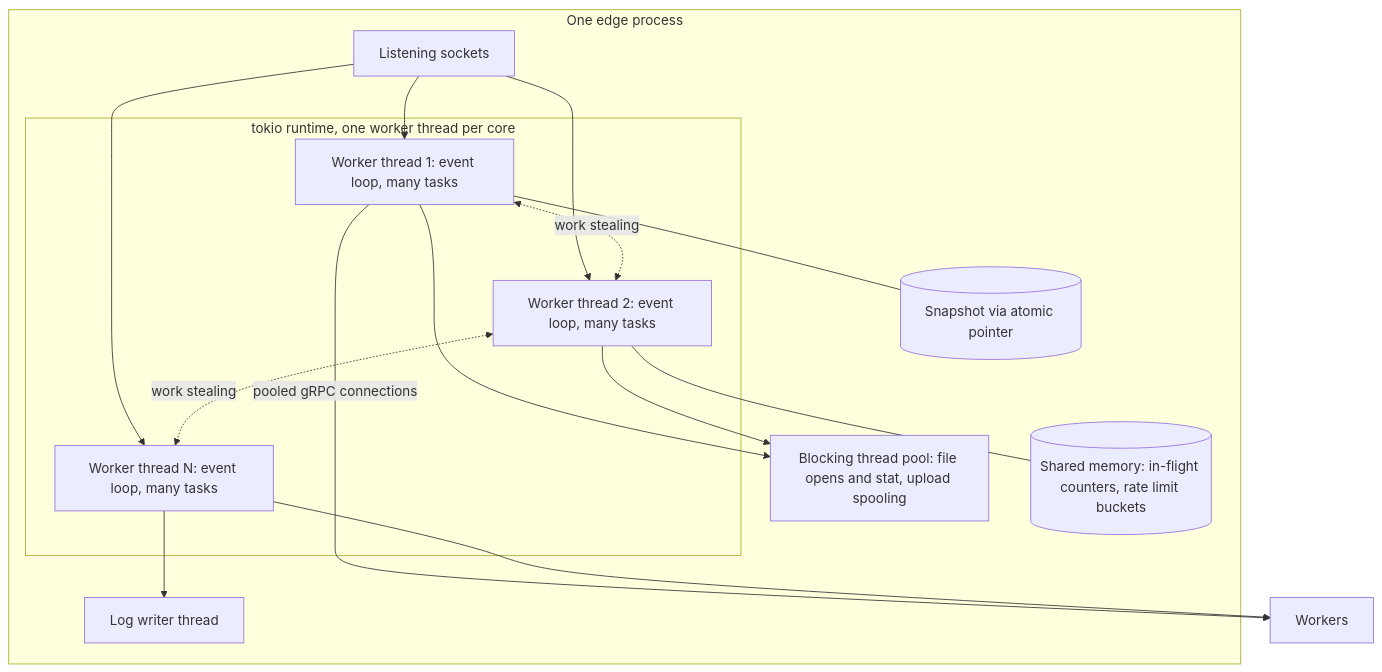
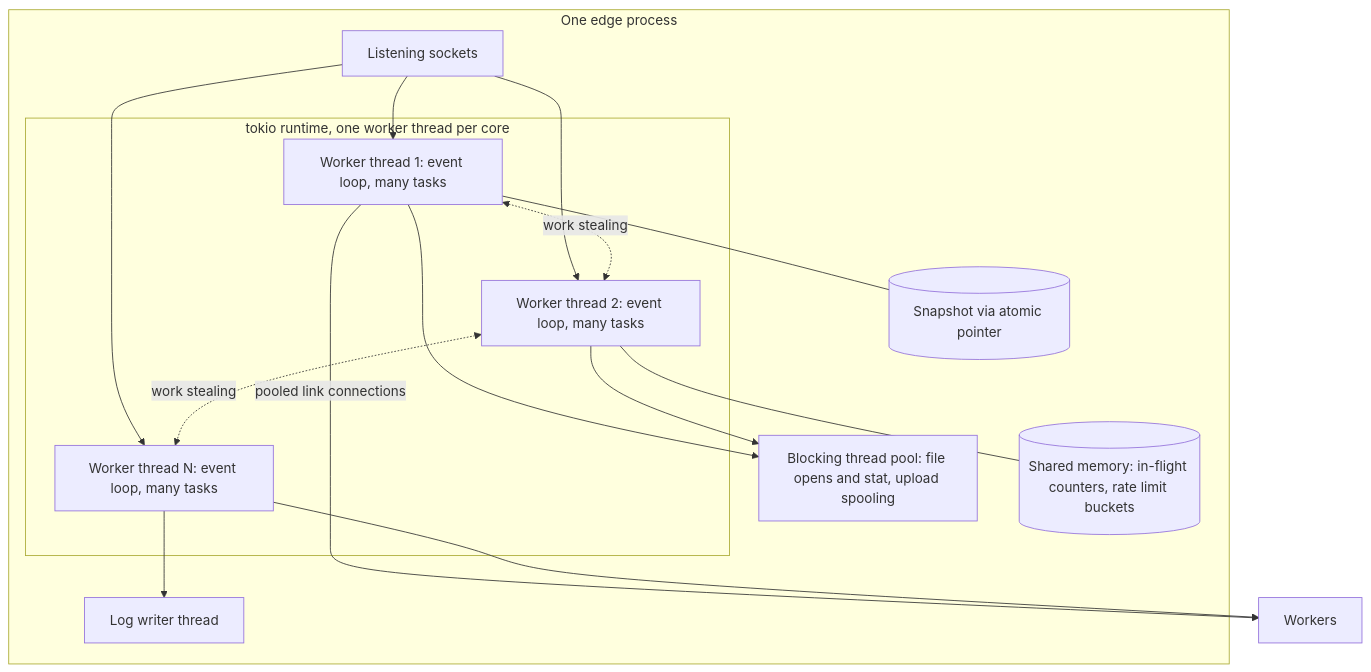
One commit to GrahamDumpleton/muru changed the second of 3 diagrams in docs/project/design/04-edge.md. Above: the diagram before and after it, drawn with Mermaid. The commit also changed other lines of this file and 59 other files, not shown here.

````diff
--- a/docs/project/design/04-edge.md
+++ b/docs/project/design/04-edge.md
@@ -51,26 +51,26 @@
 ```mermaid
 flowchart TB
   subgraph EP [One edge process]
     L[Listening sockets] --> T1
     L --> T2
     L --> T3
     subgraph RT [tokio runtime, one worker thread per core]
       T1[Worker thread 1: event loop, many tasks]
       T2[Worker thread 2: event loop, many tasks]
       T3[Worker thread N: event loop, many tasks]
       T1 <-.->|work stealing| T2
       T2 <-.->|work stealing| T3
     end
     BP[Blocking thread pool: file opens and stat, upload spooling]
     LW[Log writer thread]
     T1 --> BP
     T2 --> BP
     T3 --> LW
     SNAP[(Snapshot via atomic pointer)]
     SHM[(Shared memory: in-flight counters, rate limit buckets)]
     T1 --- SNAP
     T2 --- SHM
   end
-  T1 -->|pooled gRPC connections| W[Workers]
+  T1 -->|pooled link connections| W[Workers]
   T3 --> W
 ```
````
